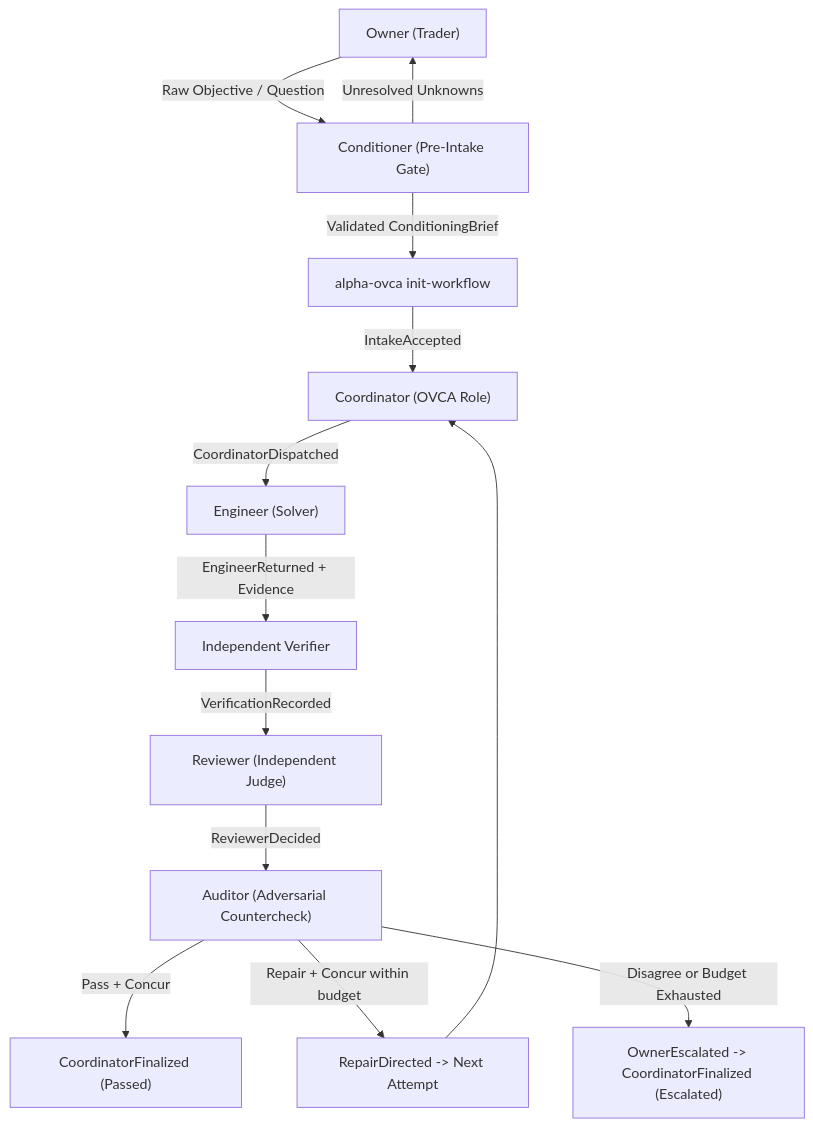
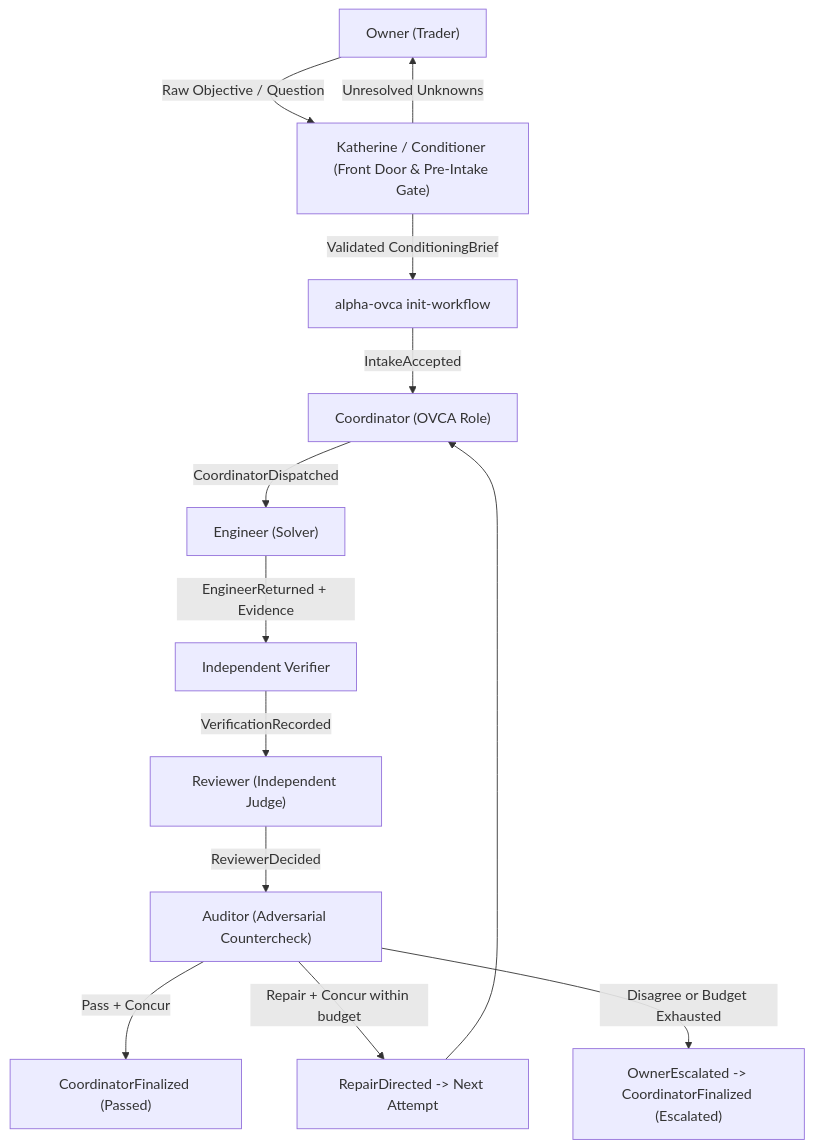
Before and after one commit to nattawatpuntachot52/Alpha_mining: the diagram in docs/architecture.md, drawn with Mermaid. The commit also changed other lines of this file and 8 other files, not shown here.

Commit message:
Add Katherine Front Door identity lock and governance doctrines to Conditioner

````diff
--- a/docs/architecture.md
+++ b/docs/architecture.md
@@ -11,15 +11,15 @@
 ```mermaid
 flowchart TD
-    Owner["Owner (Trader)"] -->|Raw Objective / Question| Cond["Conditioner (Pre-Intake Gate)"]
+    Owner["Owner (Trader)"] -->|Raw Objective / Question| Cond["Katherine / Conditioner (Front Door & Pre-Intake Gate)"]
     Cond -->|Unresolved Unknowns| Owner
     Cond -->|Validated ConditioningBrief| Init["alpha-ovca init-workflow"]
     Init -->|IntakeAccepted| Coord["Coordinator (OVCA Role)"]
     Coord -->|CoordinatorDispatched| Eng["Engineer (Solver)"]
     Eng -->|EngineerReturned + Evidence| Ver["Independent Verifier"]
     Ver -->|VerificationRecorded| Rev["Reviewer (Independent Judge)"]
     Rev -->|ReviewerDecided| Aud["Auditor (Adversarial Countercheck)"]
     Aud -->|Pass + Concur| Fin["CoordinatorFinalized (Passed)"]
     Aud -->|Repair + Concur within budget| Rep["RepairDirected -> Next Attempt"]
     Rep --> Coord
     Aud -->|Disagree or Budget Exhausted| Esc["OwnerEscalated -> CoordinatorFinalized (Escalated)"]
 ```
````
